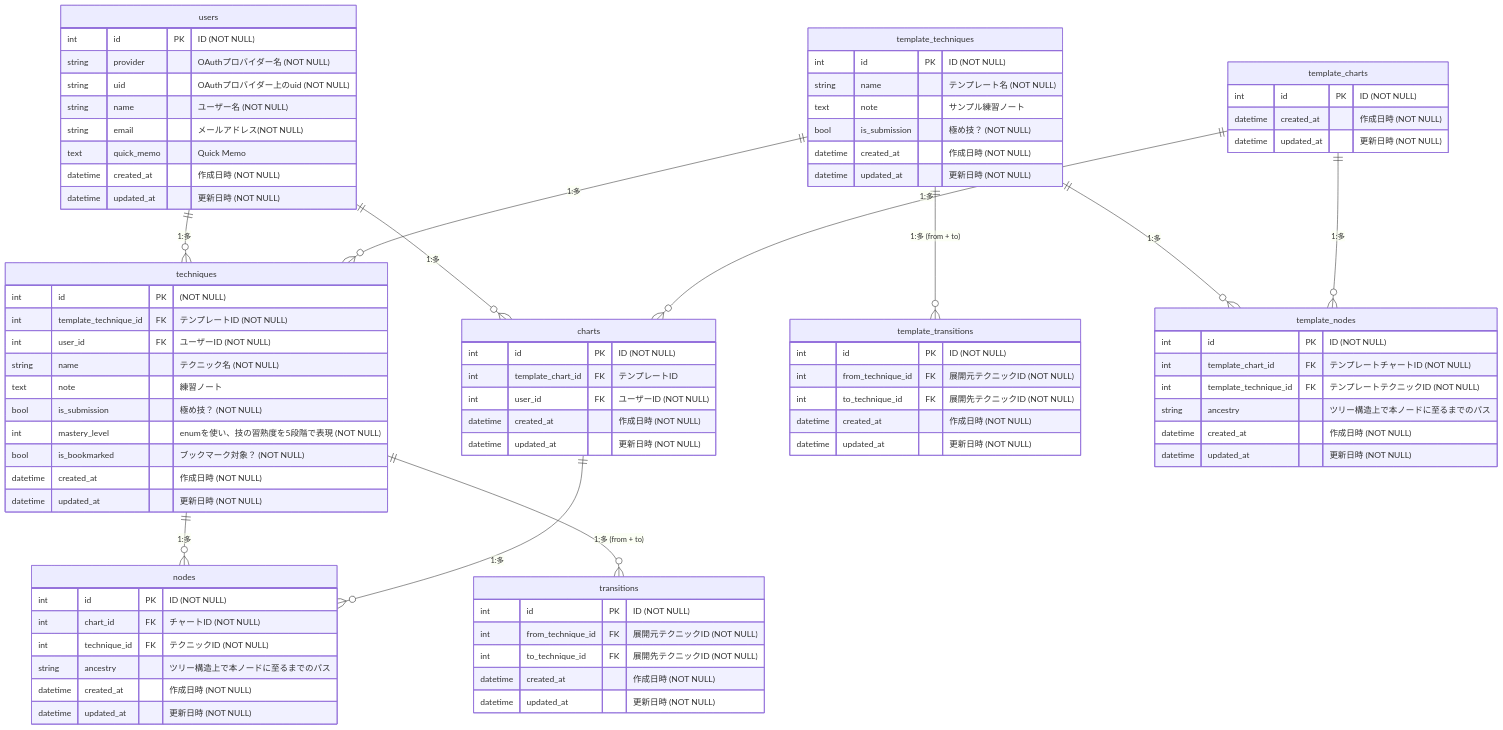
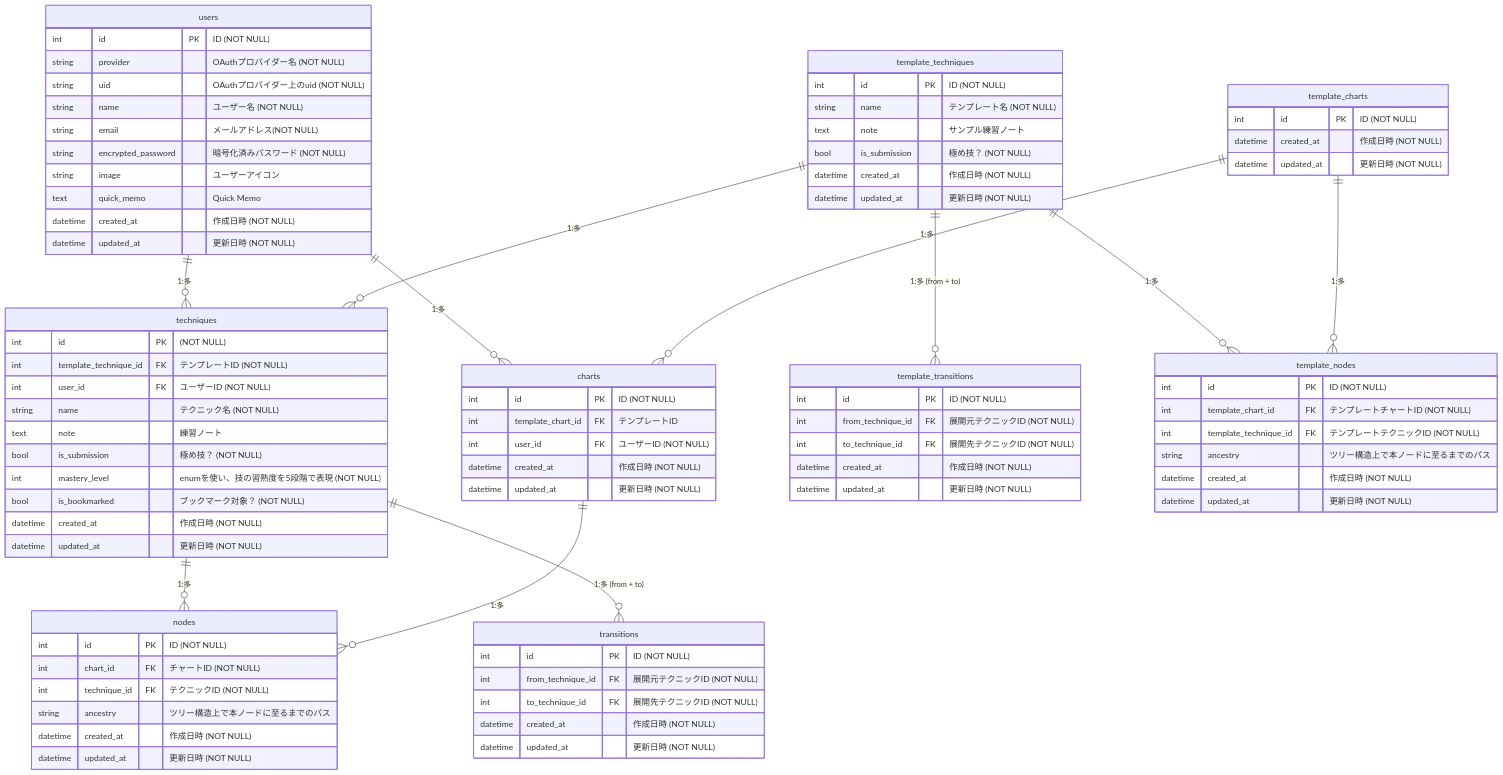
Before and after one commit to m-deura/bjj_flow_tracker: the diagram in README.md, drawn with Mermaid. The commit also changed other lines of this file, not shown here.

Commit message:
update: バージョン情報＋ER図を一部変更

```diff
--- a/README.md
+++ b/README.md
@@ -98,6 +98,8 @@
     string uid "OAuthプロバイダー上のuid (NOT NULL)"
     string name "ユーザー名 (NOT NULL)"
     string email "メールアドレス(NOT NULL)"
+    string encrypted_password "暗号化済みパスワード (NOT NULL)"
+    string image "ユーザーアイコン"
     text quick_memo "Quick Memo"
     datetime created_at "作成日時 (NOT NULL)"
     datetime updated_at "更新日時 (NOT NULL)"
```
